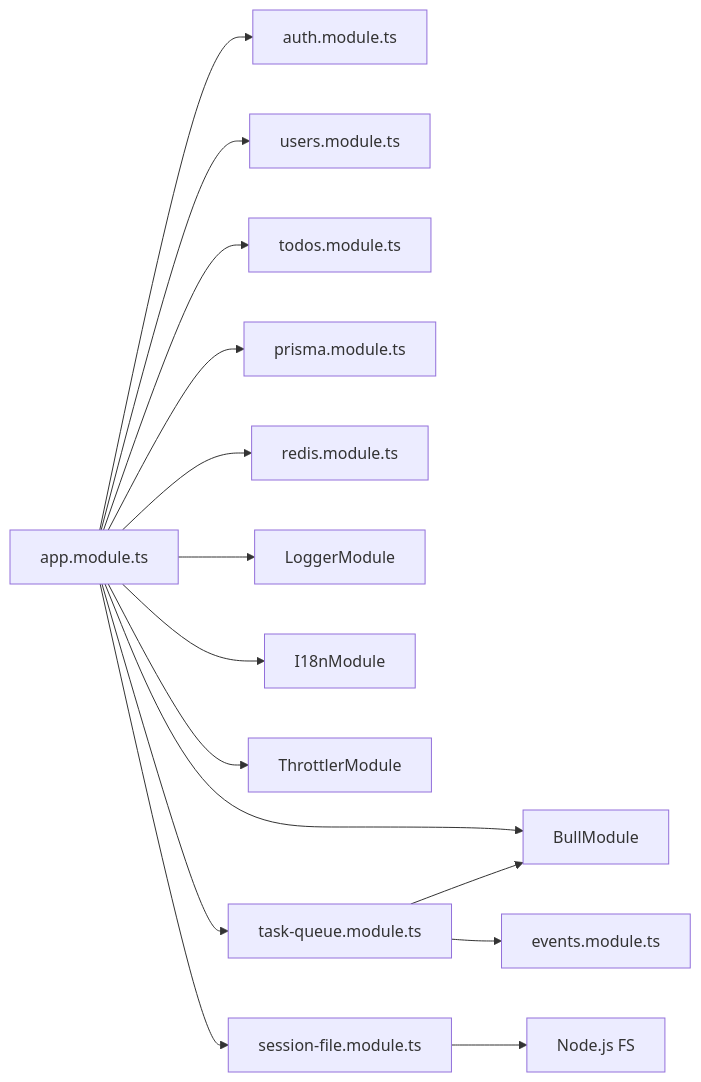
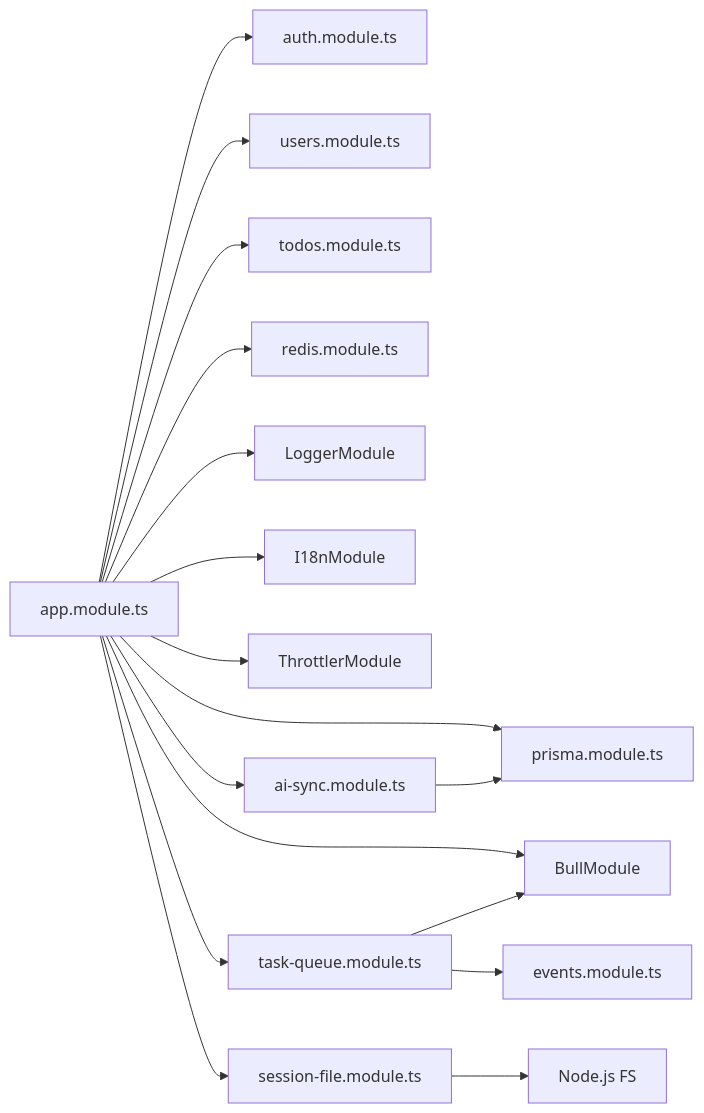
Diagram 13 of 13 in .qoder/repowiki/zh/content/后端架构/后端架构.md (xixixiaoyu/Todo), drawn with Mermaid before and after one commit. The commit also changed other lines of this file and 4 other files, not shown here.

````diff
--- a/.qoder/repowiki/zh/content/后端架构/后端架构.md
+++ b/.qoder/repowiki/zh/content/后端架构/后端架构.md
@@ -542,17 +637,19 @@
 ```mermaid
 graph LR
 APP["app.module.ts"] --> AUTH["auth.module.ts"]
 APP --> USERS["users.module.ts"]
 APP --> TODOS["todos.module.ts"]
 APP --> PRISMA["prisma.module.ts"]
 APP --> REDIS["redis.module.ts"]
 APP --> BULL["BullModule"]
 APP --> LOG["LoggerModule"]
 APP --> I18N["I18nModule"]
 APP --> THROTTLE["ThrottlerModule"]
 APP --> AGENT_TASK["task-queue.module.ts"]
 APP --> SESSION_FILE["session-file.module.ts"]
+APP --> AI_SYNC["ai-sync.module.ts"]
 AGENT_TASK --> BULL
 AGENT_TASK --> EVENTS["events.module.ts"]
 SESSION_FILE --> FS["Node.js FS"]
+AI_SYNC --> PRISMA
 ```
````
